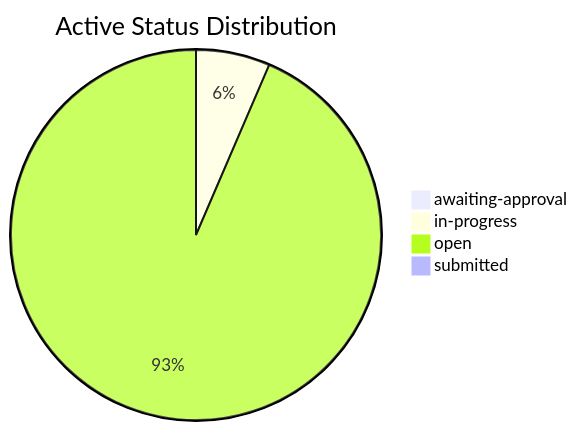
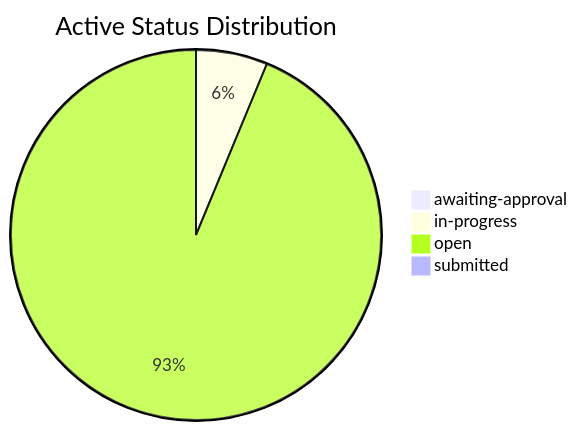
The second of 3 diagrams in dashboard.md (mgosal/5et.uk), drawn with Mermaid before and after one commit. The commit also changed other lines of this file and 3 other files, not shown here.

````diff
--- a/dashboard.md
+++ b/dashboard.md
@@ -416,7 +272,7 @@
 ```mermaid
 pie title Active Status Distribution
     "awaiting-approval" : 1
     "in-progress" : 13
-    "open" : 188
+    "open" : 195
     "submitted" : 1
 ```
````
